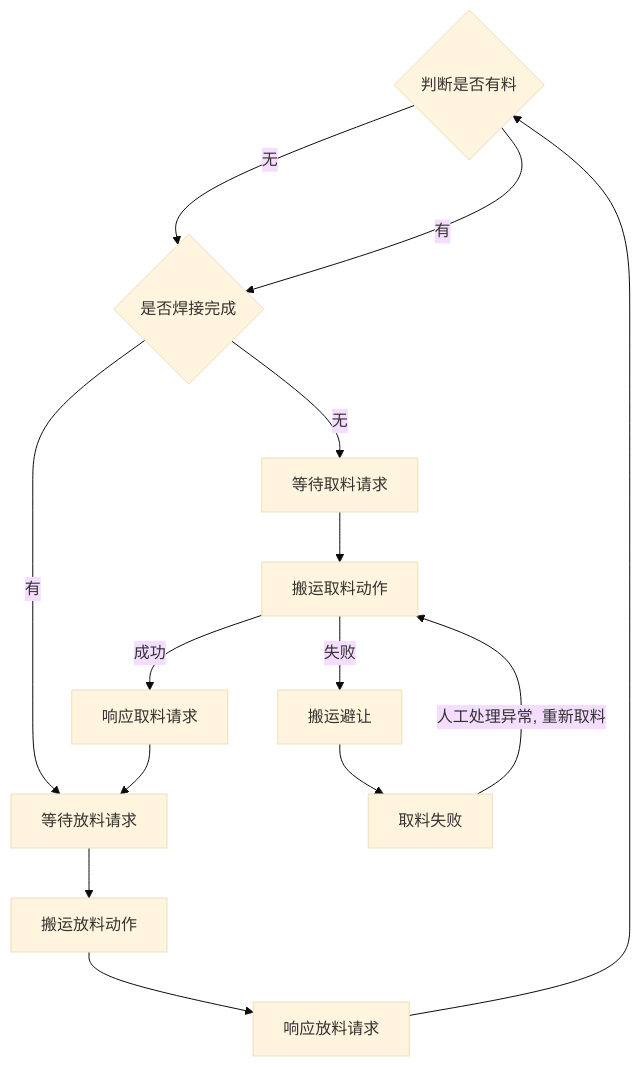
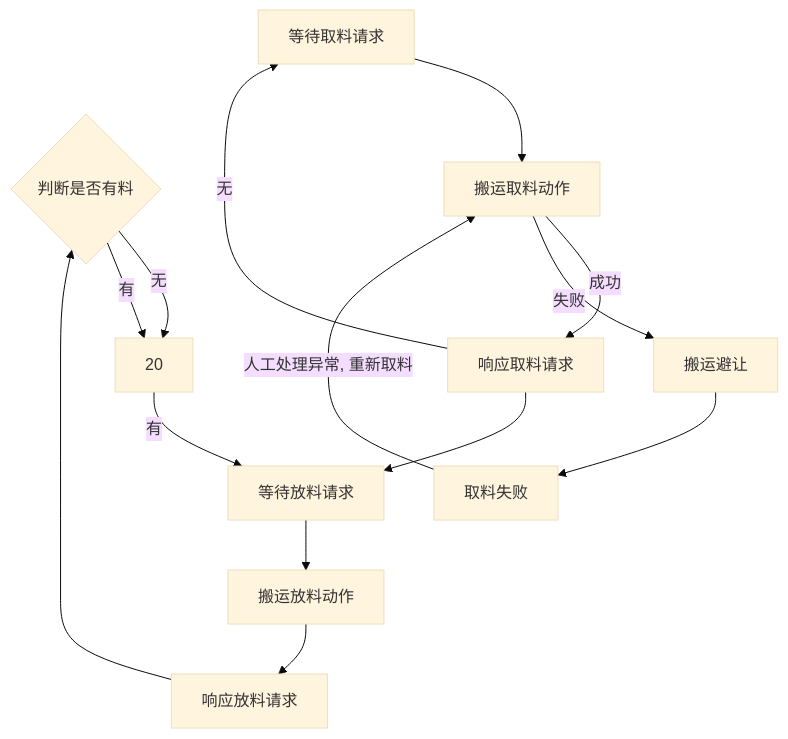
Before and after one commit to PengKun1/iodraw-files: the diagram in all/OP10 自动流程.md, drawn with Mermaid (base theme).

Commit message:
2024-08-02 10:55:15 update

````diff
--- a/all/OP10 自动流程.md
+++ b/all/OP10 自动流程.md
@@ -1,18 +1,18 @@
 ```mermaid
 graph TD
 10{判断是否有料}-->|无|20
 10-->|有|20
-20{是否焊接完成}-->|无|30
+50{是否焊接完成}-->|无|30
 20-->|有|60
 30[等待取料请求]-->40
 40[搬运取料动作]-->|成功|50
 40-->|失败|90
 50[响应取料请求]-->60
 60[等待放料请求]-->70
 70[搬运放料动作]-->80
 80[响应放料请求]-->10
 
 90[搬运避让]-->900
 
 900[取料失败]-->|人工处理异常, 重新取料|40
 ```
````
